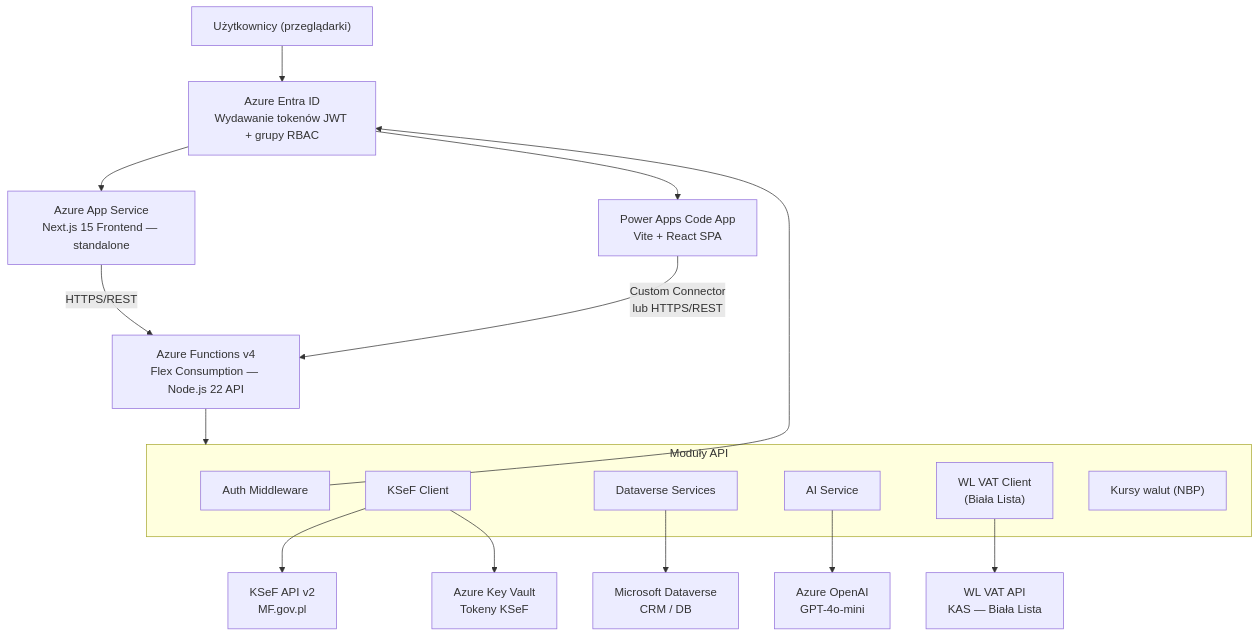
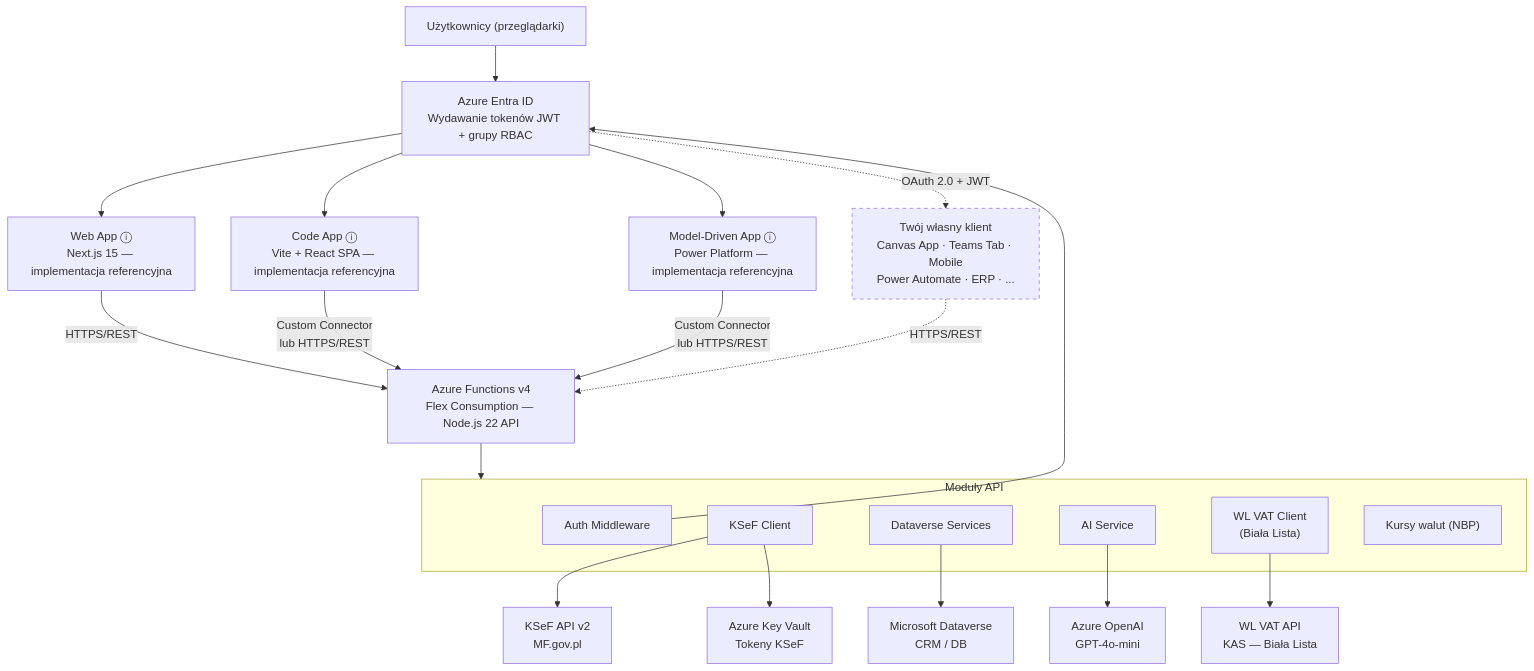
The first of 7 diagrams in docs/ARCHITEKTURA.md (Developico/KSeF-Copilot), drawn with Mermaid before and after one commit. The commit also changed other lines of this file and 7 other files, not shown here.

First line of the commit message:
docs: clarify API-First/Frontend-Agnostic architecture, add rebase/PR-size policy, fix SKIP_AUTH descriptions

````diff
--- a/docs/ARCHITEKTURA.md
+++ b/docs/ARCHITEKTURA.md
@@ -37,26 +58,32 @@
 ```mermaid
 graph TB
     Users["Użytkownicy (przeglądarki)"] --> EntraID["Azure Entra ID<br/>Wydawanie tokenów JWT + grupy RBAC"]
-    EntraID --> WebApp["Azure App Service<br/>Next.js 15 Frontend — standalone"]
-    EntraID --> CodeApp["Power Apps Code App<br/>Vite + React SPA"]
+    EntraID --> WebApp["Web App ⓘ<br/>Next.js 15 — implementacja referencyjna"]
+    EntraID --> CodeApp["Code App ⓘ<br/>Vite + React SPA — implementacja referencyjna"]
+    EntraID --> MDA["Model-Driven App ⓘ<br/>Power Platform — implementacja referencyjna"]
+    EntraID -.->|OAuth 2.0 + JWT| CustomClient["Twój własny klient<br/>Canvas App · Teams Tab · Mobile<br/>Power Automate · ERP · ..."]
     
     WebApp -->|HTTPS/REST| API["Azure Functions v4<br/>Flex Consumption — Node.js 22 API"]
     CodeApp -->|Custom Connector<br/>lub HTTPS/REST| API
+    MDA -->|Custom Connector<br/>lub HTTPS/REST| API
+    CustomClient -.->|HTTPS/REST| API
 
     subgraph API_Modules["Moduły API"]
         Auth["Auth Middleware"]
         KSeFClient["KSeF Client"]
         DVServices["Dataverse Services"]
         AIService["AI Service"]
         VATClient["WL VAT Client<br/>(Biała Lista)"]
         NBP["Kursy walut (NBP)"]
     end
 
     API --> API_Modules
     Auth --> EntraID
     AIService --> OpenAI["Azure OpenAI<br/>GPT-4o-mini"]
     KSeFClient --> KSeF["KSeF API v2<br/>MF.gov.pl"]
     DVServices --> Dataverse["Microsoft Dataverse<br/>CRM / DB"]
     VATClient --> WLAPI["WL VAT API<br/>KAS — Biała Lista"]
     KSeFClient --> KeyVault["Azure Key Vault<br/>Tokeny KSeF"]
+
+    style CustomClient stroke-dasharray: 5 5
 ```
````
